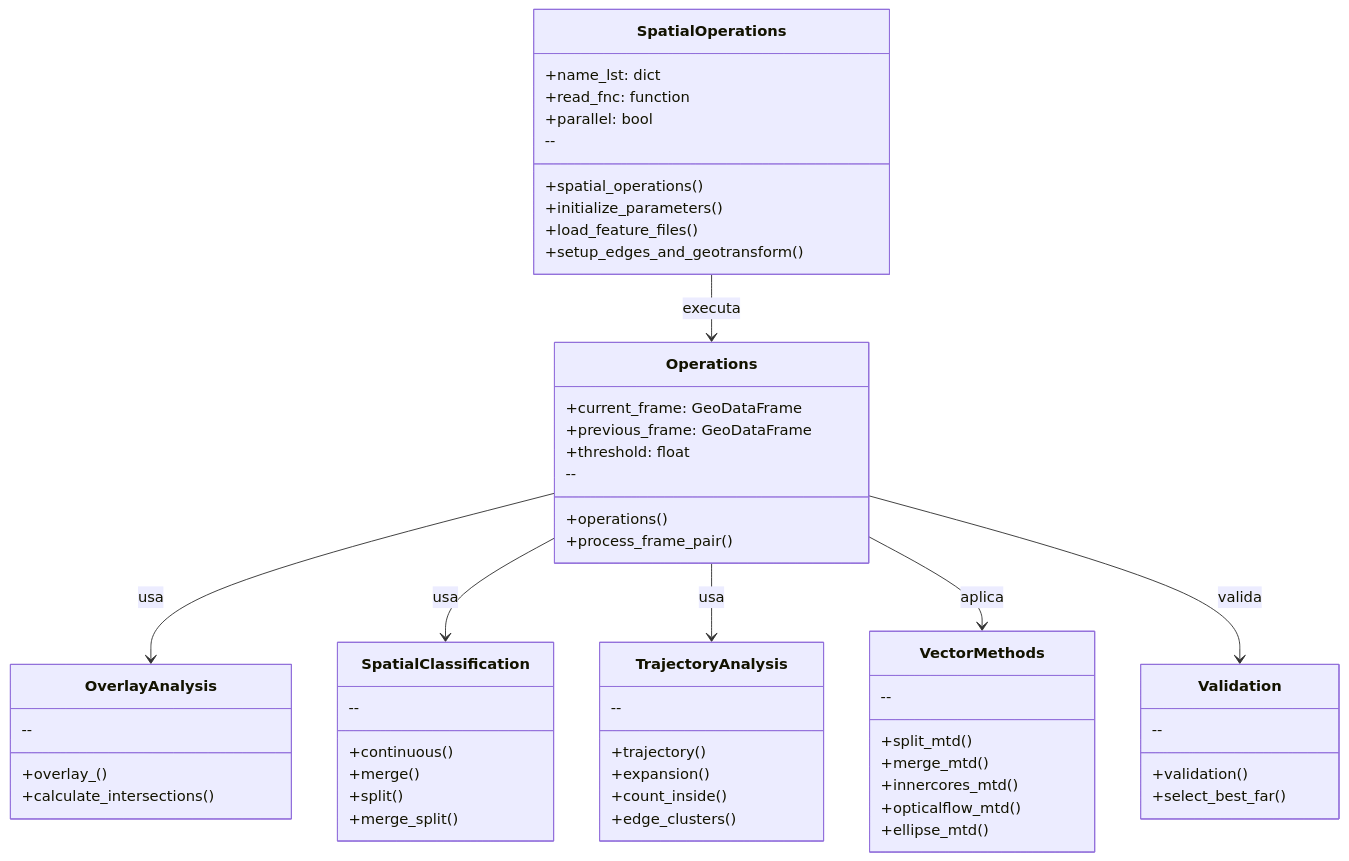
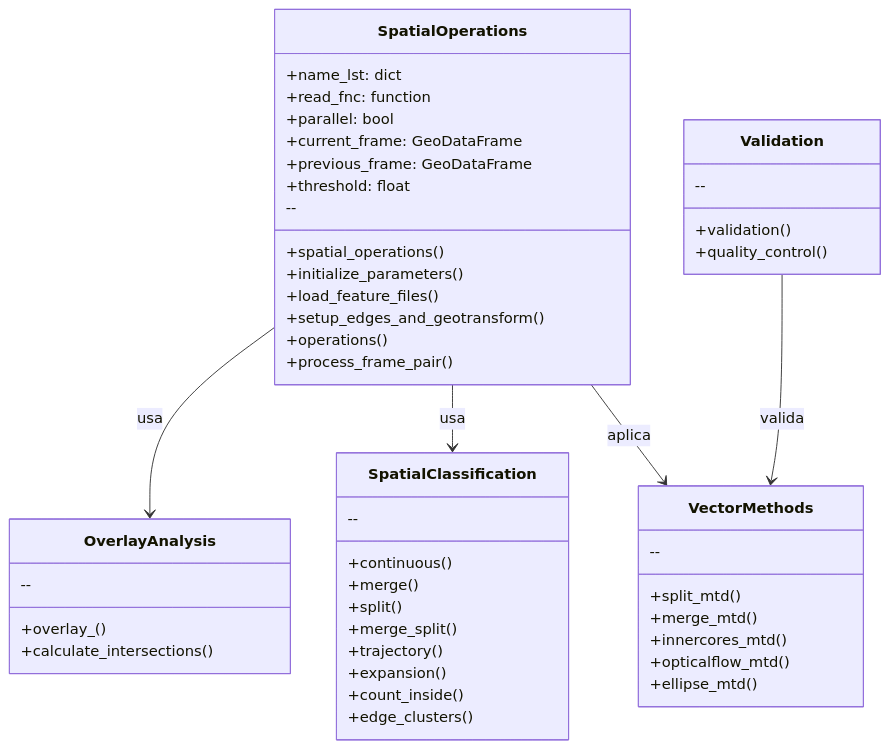
Before and after one commit to fortracc/pyfortracc: the diagram in doc/DIAGRAMS/spatial_operations.md, drawn with Mermaid.

Commit message:
Update Spatial Operations Diagram.

````diff
--- a/doc/DIAGRAMS/spatial_operations.md
+++ b/doc/DIAGRAMS/spatial_operations.md
@@ -1,71 +1,62 @@
 ```mermaid
 ---
 config:
   theme: mc
   look: classic
 ---
 classDiagram
     class SpatialOperations {
         +name_lst: dict
         +read_fnc: function
         +parallel: bool
+        +current_frame: GeoDataFrame
+        +previous_frame: GeoDataFrame
+        +threshold: float
         --
         +spatial_operations()
         +initialize_parameters()
         +load_feature_files()
         +setup_edges_and_geotransform()
-    }
-
-    class Operations {
-        +current_frame: GeoDataFrame
-        +previous_frame: GeoDataFrame
-        +threshold: float
-        --
         +operations()
         +process_frame_pair()
     }
 
     class OverlayAnalysis {
         --
         +overlay_()
         +calculate_intersections()
     }
 
     class SpatialClassification {
         --
         +continuous()
-        +merge()
+        +merge() 
         +split()
         +merge_split()
-    }
-
-    class TrajectoryAnalysis {
-        --
         +trajectory()
         +expansion()
         +count_inside()
         +edge_clusters()
     }
 
     class VectorMethods {
         --
         +split_mtd()
         +merge_mtd()
         +innercores_mtd()
         +opticalflow_mtd()
         +ellipse_mtd()
     }
 
     class Validation {
         --
         +validation()
-        +select_best_far()
+        +quality_control()
     }
 
-    SpatialOperations --> Operations : executa
-    Operations --> OverlayAnalysis : usa
-    Operations --> SpatialClassification : usa
-    Operations --> TrajectoryAnalysis : usa
-    Operations --> VectorMethods : aplica
-    Operations --> Validation : valida
+    SpatialOperations --> OverlayAnalysis : usa
+    SpatialOperations --> SpatialClassification : usa
+    SpatialOperations --> VectorMethods : aplica
+    Validation --> VectorMethods : valida
+    %% Validation --> SpatialOperations : retorna
 ```
````
